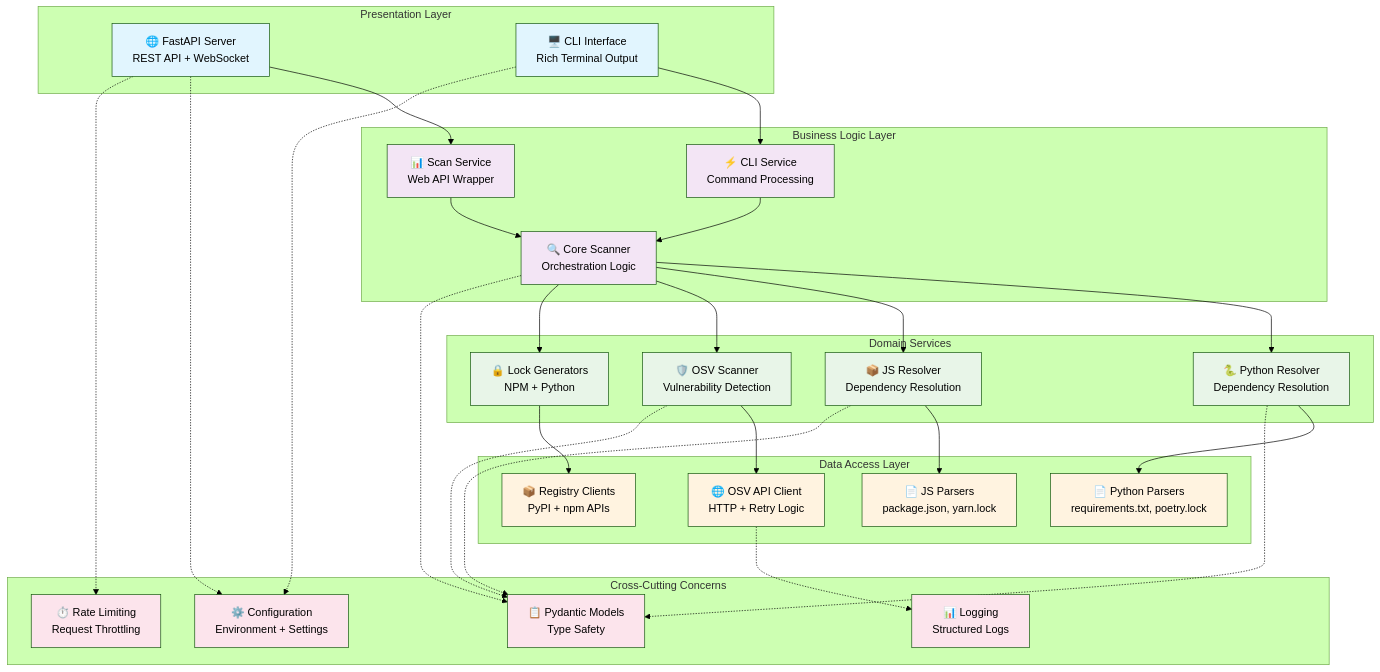
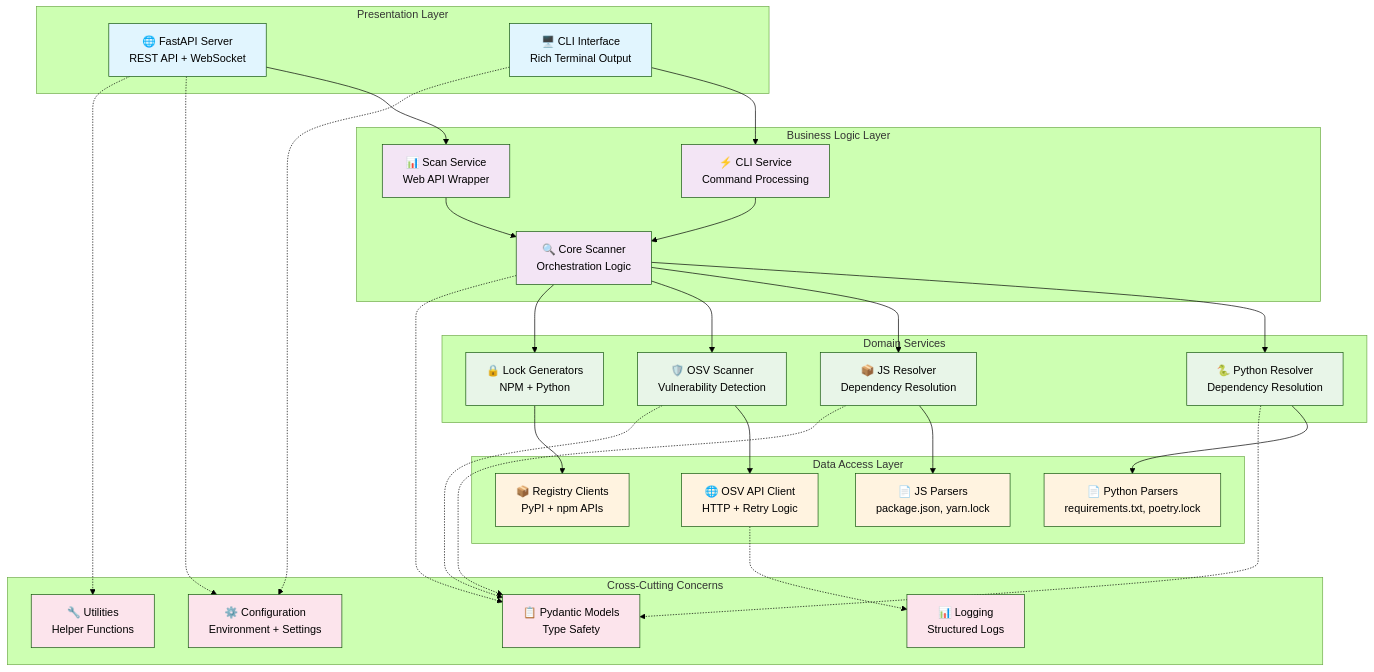
Before and after one commit to therickybobbeh/dep-scanner: the first of 9 diagrams in documentation/architecture/backend-architecture.md, drawn with Mermaid (forest theme). The commit also changed other lines of this file and 14 other files, not shown here.

````diff
--- a/documentation/architecture/backend-architecture.md
+++ b/documentation/architecture/backend-architecture.md
@@ -18,77 +18,77 @@
 ```mermaid
 graph TB
     subgraph "Presentation Layer"
         API[🌐 FastAPI Server<br/>REST API + WebSocket]
         CLI[🖥️ CLI Interface<br/>Rich Terminal Output]
     end
     
     subgraph "Business Logic Layer"
         SCANNER[🔍 Core Scanner<br/>Orchestration Logic]
         SCAN_SVC[📊 Scan Service<br/>Web API Wrapper]
         CLI_SVC[⚡ CLI Service<br/>Command Processing]
     end
     
     subgraph "Domain Services"
         PY_RESOLVER[🐍 Python Resolver<br/>Dependency Resolution]
         JS_RESOLVER[📦 JS Resolver<br/>Dependency Resolution]
         OSV_SCANNER[🛡️ OSV Scanner<br/>Vulnerability Detection]
         LOCK_GEN[🔒 Lock Generators<br/>NPM + Python]
     end
     
     subgraph "Data Access Layer"
         PY_PARSERS[📄 Python Parsers<br/>requirements.txt, poetry.lock]
         JS_PARSERS[📄 JS Parsers<br/>package.json, yarn.lock]
         OSV_CLIENT[🌐 OSV API Client<br/>HTTP + Retry Logic]
         REGISTRY_CLIENTS[📦 Registry Clients<br/>PyPI + npm APIs]
     end
     
     subgraph "Cross-Cutting Concerns"
         MODELS[📋 Pydantic Models<br/>Type Safety]
         CONFIG[⚙️ Configuration<br/>Environment + Settings]
         LOGGING[📊 Logging<br/>Structured Logs]
-        RATE_LIMIT[⏱️ Rate Limiting<br/>Request Throttling]
+        UTILS[🔧 Utilities<br/>Helper Functions]
     end
     
     %% Presentation Layer Connections
     API --> SCAN_SVC
     CLI --> CLI_SVC
     
     %% Business Logic Connections
     SCAN_SVC --> SCANNER
     CLI_SVC --> SCANNER
     
     %% Domain Service Connections
     SCANNER --> PY_RESOLVER
     SCANNER --> JS_RESOLVER
     SCANNER --> OSV_SCANNER
     SCANNER --> LOCK_GEN
     
     %% Data Access Connections
     PY_RESOLVER --> PY_PARSERS
     JS_RESOLVER --> JS_PARSERS
     OSV_SCANNER --> OSV_CLIENT
     LOCK_GEN --> REGISTRY_CLIENTS
     
     %% Cross-Cutting Dependencies
     SCANNER -.-> MODELS
     PY_RESOLVER -.-> MODELS
     JS_RESOLVER -.-> MODELS
     OSV_SCANNER -.-> MODELS
     API -.-> CONFIG
-    API -.-> RATE_LIMIT
+    API -.-> UTILS
     CLI -.-> CONFIG
     OSV_CLIENT -.-> LOGGING
     
     %% Styling
     classDef presentation fill:#e1f5fe
     classDef business fill:#f3e5f5
     classDef domain fill:#e8f5e8
     classDef data fill:#fff3e0
     classDef crosscutting fill:#fce4ec
     
     class API,CLI presentation
     class SCANNER,SCAN_SVC,CLI_SVC business
     class PY_RESOLVER,JS_RESOLVER,OSV_SCANNER,LOCK_GEN domain
     class PY_PARSERS,JS_PARSERS,OSV_CLIENT,REGISTRY_CLIENTS data
-    class MODELS,CONFIG,LOGGING,RATE_LIMIT crosscutting
+    class MODELS,CONFIG,LOGGING,UTILS crosscutting
 ```
````
